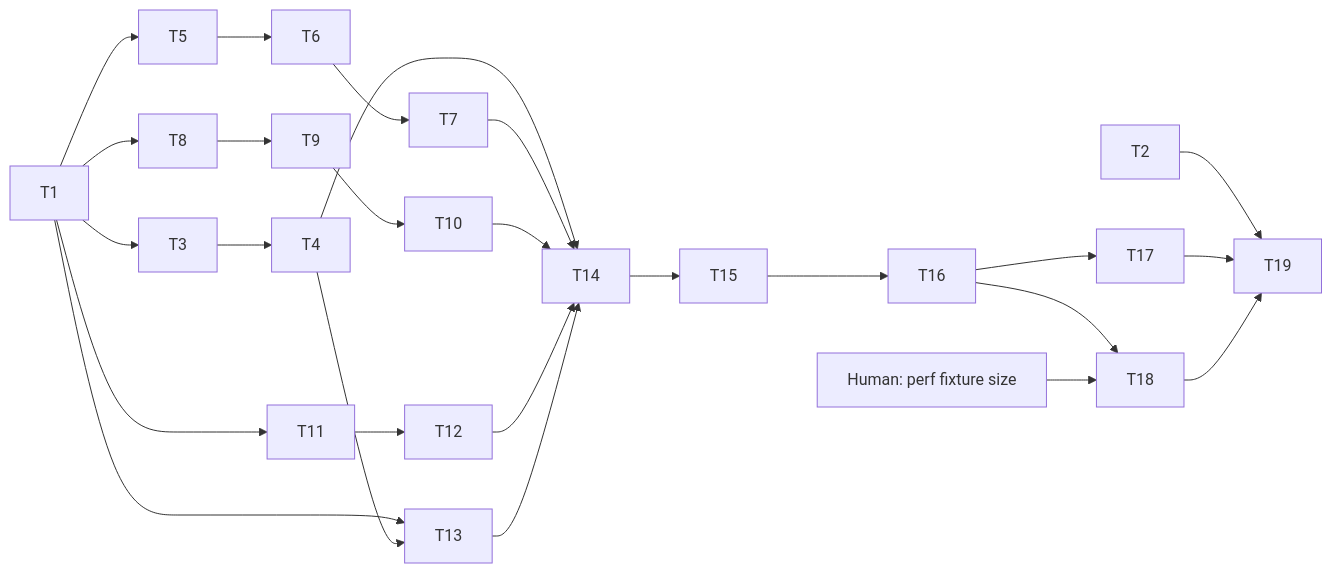
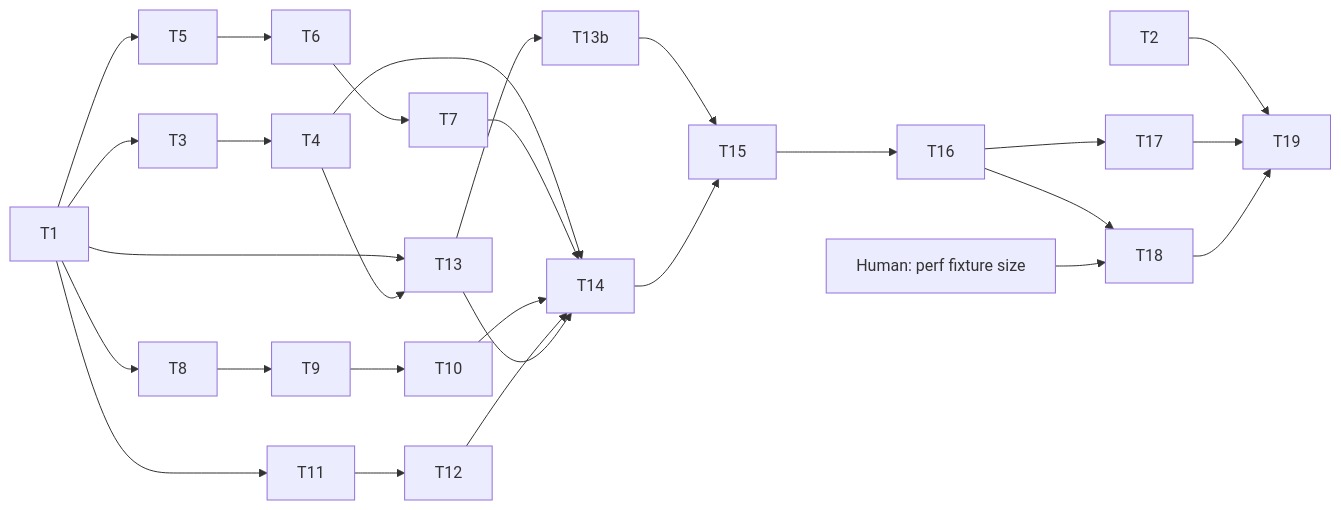
One commit to paggybansal/agentic-sdlc-docsync changed the diagram in docs/04-impl-plan.md. Above: the diagram before and after it, drawn with Mermaid. The commit also changed other lines of this file, not shown here.

````diff
--- a/docs/04-impl-plan.md
+++ b/docs/04-impl-plan.md
@@ -73,28 +74,30 @@
 ```mermaid
 flowchart LR
     T1 --> T3
     T3 --> T4
     T1 --> T5
     T5 --> T6
     T6 --> T7
     T1 --> T8
     T8 --> T9
     T9 --> T10
     T1 --> T11
     T11 --> T12
     T1 --> T13
     T4 --> T13
     T4 --> T14
     T7 --> T14
     T10 --> T14
     T12 --> T14
     T13 --> T14
+    T13 --> T13b
+    T13b --> T15
     T14 --> T15
     T15 --> T16
     T16 --> T17
     T16 --> T18
     H[Human: perf fixture size] --> T18
     T2 --> T19
     T17 --> T19
     T18 --> T19
 ```
````
